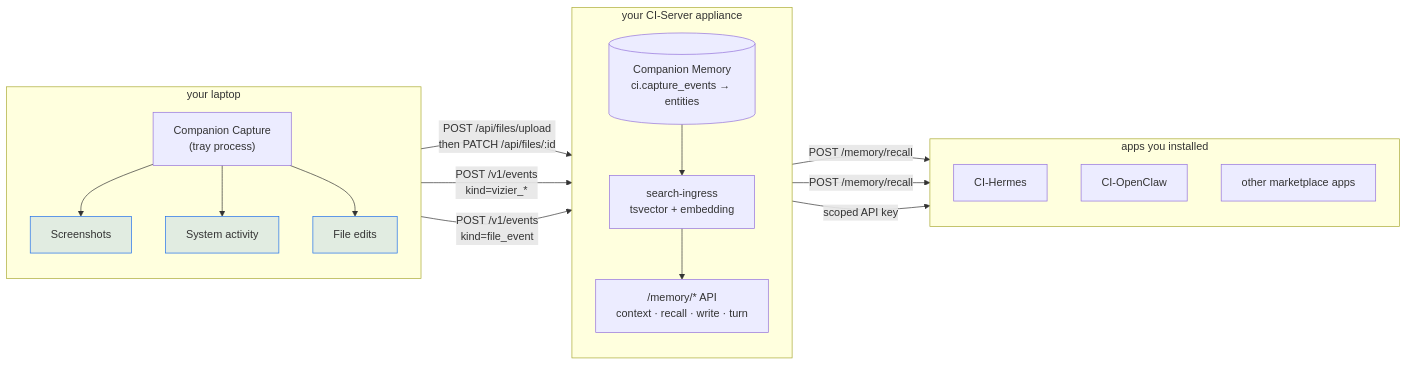
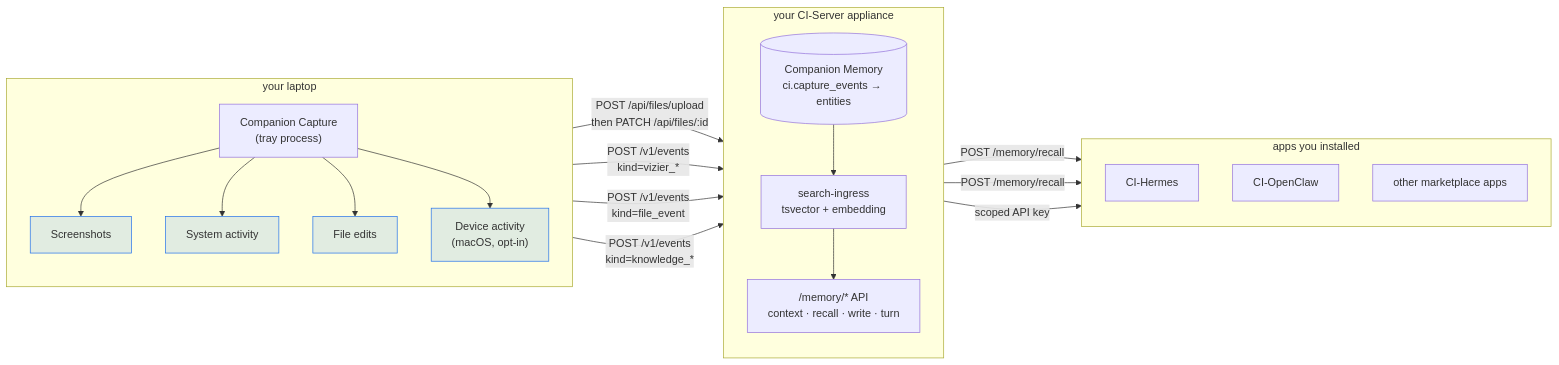
Before and after one commit to companionintelligence/CI-Capture: the first of 2 diagrams in docs/memory-integration.md, drawn with Mermaid. The commit also changed other lines of this file and 19 other files, not shown here.

````diff
--- a/docs/memory-integration.md
+++ b/docs/memory-integration.md
@@ -24,37 +24,39 @@
 ```mermaid
 flowchart LR
     subgraph Laptop["your laptop"]
         direction TB
         APP["Companion Capture<br/>(tray process)"]
         SHOT["Screenshots"]
         VIZ["System activity"]
         FILE["File edits"]
-        APP --> SHOT & VIZ & FILE
+        KNOW["Device activity<br/>(macOS, opt-in)"]
+        APP --> SHOT & VIZ & FILE & KNOW
     end
 
     subgraph Server["your CI-Server appliance"]
         direction TB
         CI[("Companion Memory<br/>ci.capture_events → entities")]
         IDX["search-ingress<br/>tsvector + embedding"]
         MEM["/memory/* API<br/>context · recall · write · turn"]
         CI --> IDX --> MEM
     end
 
     subgraph Agents["apps you installed"]
         direction TB
         HER["CI-Hermes"]
         OC["CI-OpenClaw"]
         OTHER["other marketplace apps"]
     end
 
     SHOT -->|"POST /api/files/upload<br/>then PATCH /api/files/:id"| CI
     VIZ  -->|"POST /v1/events<br/>kind=vizier_*"| CI
     FILE -->|"POST /v1/events<br/>kind=file_event"| CI
+    KNOW -->|"POST /v1/events<br/>kind=knowledge_*"| CI
 
     MEM -->|"POST /memory/recall"| HER
     MEM -->|"POST /memory/recall"| OC
     MEM -->|"scoped API key"| OTHER
 
     classDef lane fill:#1f6feb22,stroke:#1f6feb;
-    class SHOT,VIZ,FILE lane;
+    class SHOT,VIZ,FILE,KNOW lane;
 ```
````
